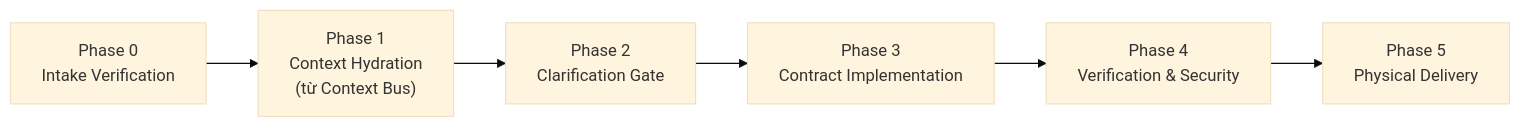
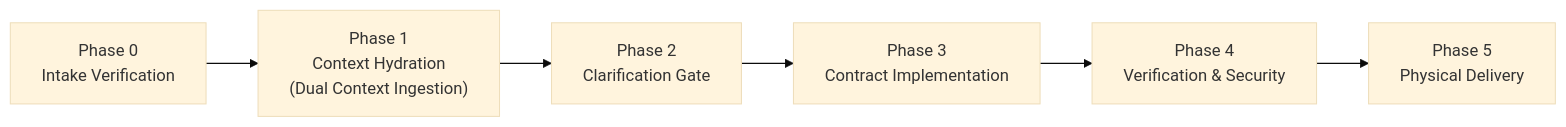
Before and after one commit to vuthuonghai-steve/WASHVN: the fifth of 9 diagrams in Temps/clean/architecture-design.md, drawn with Mermaid (base theme). The commit also changed other lines of this file and 8 other files, not shown here.

````diff
--- a/Temps/clean/architecture-design.md
+++ b/Temps/clean/architecture-design.md
@@ -538,8 +606,8 @@
 ```mermaid
 flowchart LR
-    P0["Phase 0<br/>Intake Verification"] --> P1["Phase 1<br/>Context Hydration<br/>(từ Context Bus)"]
+    P0["Phase 0<br/>Intake Verification"] --> P1["Phase 1<br/>Context Hydration<br/>(Dual Context Ingestion)"]
     P1 --> P2["Phase 2<br/>Clarification Gate"]
     P2 --> P3["Phase 3<br/>Contract Implementation"]
     P3 --> P4["Phase 4<br/>Verification & Security"]
     P4 --> P5["Phase 5<br/>Physical Delivery"]
 ```
````
